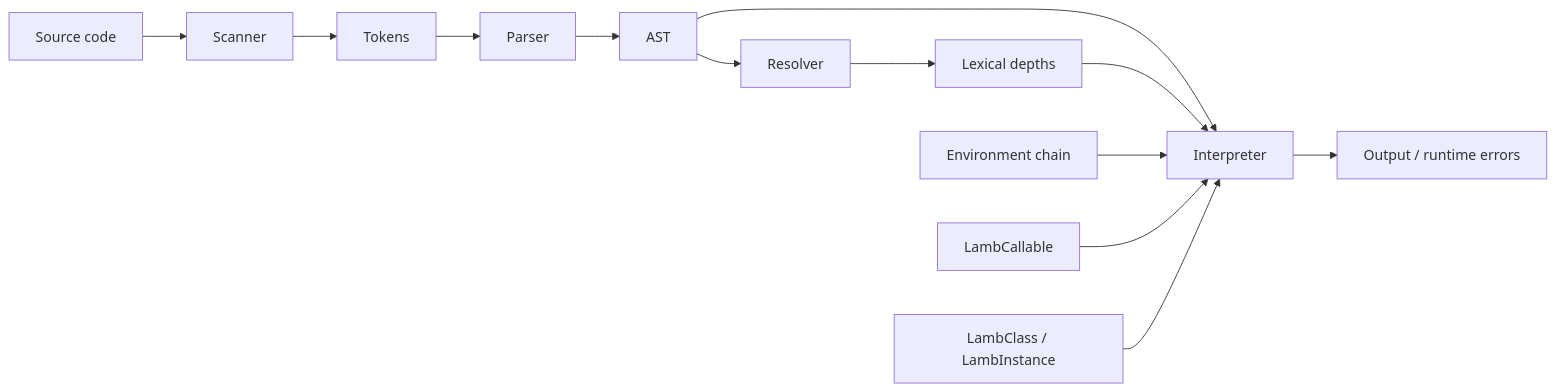
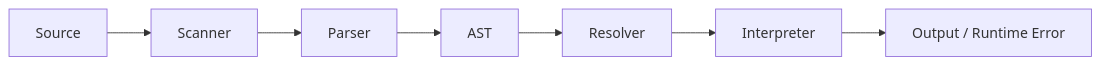
One commit to deebyanshujha/Lamb changed the diagram in README.md. Above: the diagram before and after it, drawn with Mermaid. The commit also changed other lines of this file, not shown here.

````diff
--- a/README.md
+++ b/README.md
@@ -247,16 +139,9 @@
 ```mermaid
 flowchart LR
-    A["Source code"] --> B["Scanner"]
-    B --> C["Tokens"]
-    C --> D["Parser"]
-    D --> E["AST"]
-    E --> F["Resolver"]
-    F --> G["Lexical depths"]
-    E --> H["Interpreter"]
-    G --> H
-    H --> I["Output / runtime errors"]
-
-    J["Environment chain"] --> H
-    K["LambCallable"] --> H
-    L["LambClass / LambInstance"] --> H
+    A["Source"] --> B["Scanner"]
+    B --> C["Parser"]
+    C --> D["AST"]
+    D --> E["Resolver"]
+    E --> F["Interpreter"]
+    F --> G["Output / Runtime Error"]
 ```
````
